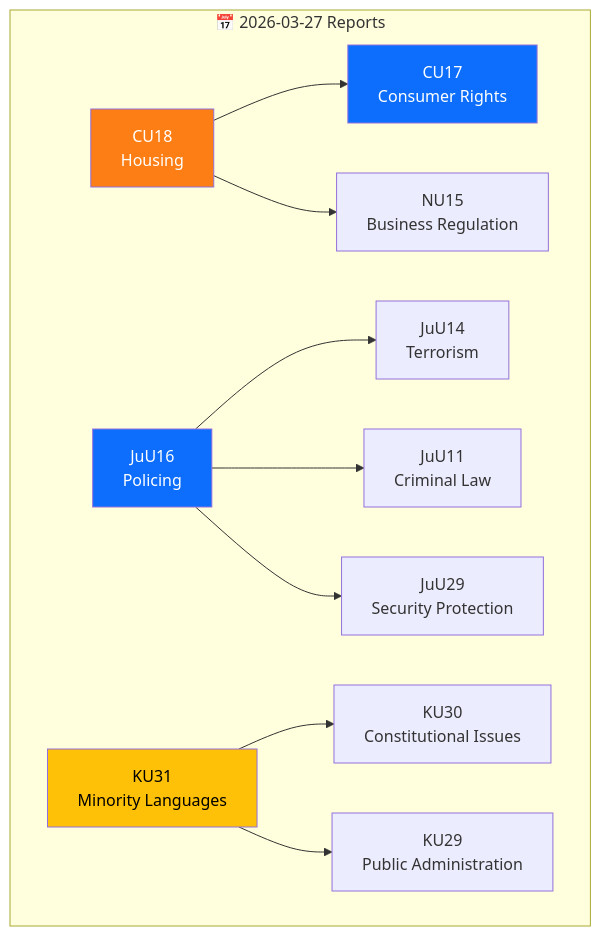
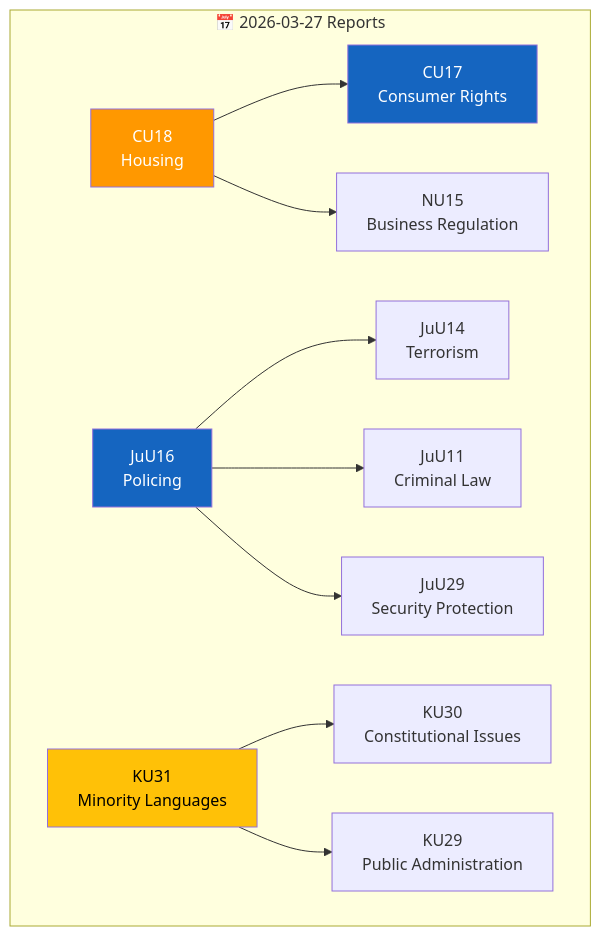
The diagram in analysis/daily/2026-03-27/committeeReports/cross-reference-map.md (Hack23/riksdagsmonitor), drawn with Mermaid before and after one commit. The commit also changed 785 other files, not shown here.

First line of the commit message:
Normalize mermaid colors across 786 analysis artifacts to ISMS Style Guide palette

````diff
--- a/analysis/daily/2026-03-27/committeeReports/cross-reference-map.md
+++ b/analysis/daily/2026-03-27/committeeReports/cross-reference-map.md
@@ -10,17 +10,17 @@
 ```mermaid
 graph TD
     subgraph "📅 2026-03-27 Reports"
         CU18["CU18<br/>Housing"] --> CU17["CU17<br/>Consumer Rights"]
         JuU16["JuU16<br/>Policing"] --> JuU14["JuU14<br/>Terrorism"]
         JuU16 --> JuU11["JuU11<br/>Criminal Law"]
         JuU16 --> JuU29["JuU29<br/>Security Protection"]
         KU31["KU31<br/>Minority Languages"] --> KU30["KU30<br/>Constitutional Issues"]
         KU31 --> KU29["KU29<br/>Public Administration"]
         CU18 --> NU15["NU15<br/>Business Regulation"]
     end
 
-    style CU18 fill:#fd7e14,color:#fff
-    style CU17 fill:#0d6efd,color:#fff
-    style JuU16 fill:#0d6efd,color:#fff
-    style KU31 fill:#ffc107,color:#000
+    style CU18 fill:#FF9800,color:#FFFFFF
+    style CU17 fill:#1565C0,color:#FFFFFF
+    style JuU16 fill:#1565C0,color:#FFFFFF
+    style KU31 fill:#FFC107,color:#000000
 ```
````
